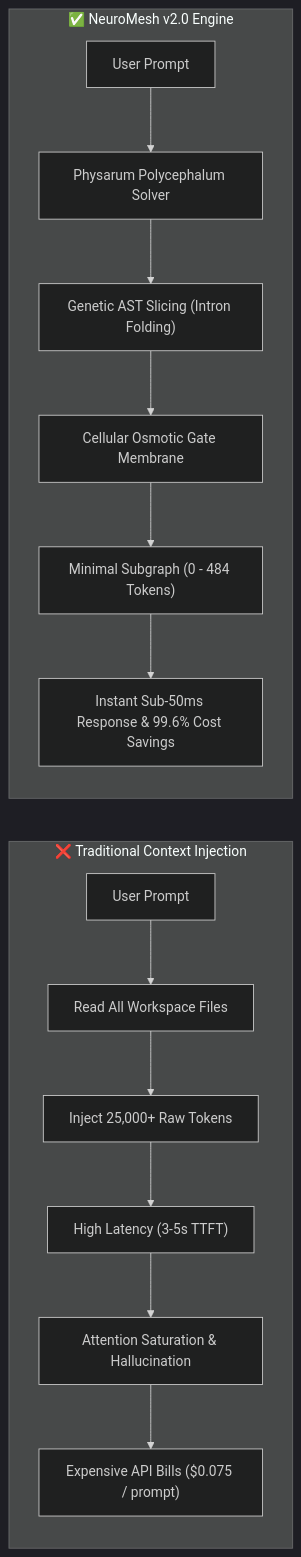
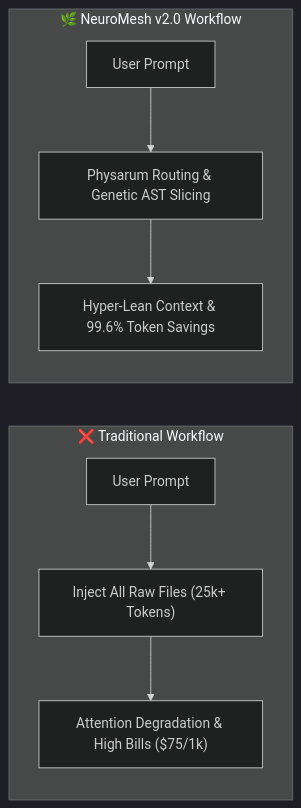
The first of 2 diagrams in README.md (pinoox/neuromesh), drawn with Mermaid (dark theme) before and after one commit. The commit also changed other lines of this file, not shown here.

Commit message:
docs: Format Problem vs Solution side-by-side in README

````diff
--- a/README.md
+++ b/README.md
@@ -34,18 +42,12 @@
 ```mermaid
 flowchart LR
-    subgraph Traditional["❌ Traditional Context Injection"]
-        A1[User Prompt] --> B1["Read All Workspace Files"]
-        B1 --> C1["Inject 25,000+ Raw Tokens"]
-        C1 --> D1["High Latency (3-5s TTFT)"]
-        D1 --> E1["Attention Saturation & Hallucination"]
-        E1 --> F1["Expensive API Bills ($0.075 / prompt)"]
+    subgraph Bad["❌ Traditional Workflow"]
+        direction TB
+        B1["User Prompt"] --> B2["Inject All Raw Files (25k+ Tokens)"] --> B3["Attention Degradation & High Bills ($75/1k)"]
     end
 
-    subgraph NeuroMesh["✅ NeuroMesh v2.0 Engine"]
-        A2[User Prompt] --> B2["Physarum Polycephalum Solver"]
-        B2 --> C2["Genetic AST Slicing (Intron Folding)"]
-        C2 --> D2["Cellular Osmotic Gate Membrane"]
-        D2 --> E2["Minimal Subgraph (0 - 484 Tokens)"]
-        E2 --> F2["Instant Sub-50ms Response & 99.6% Cost Savings"]
+    subgraph Good["🌿 NeuroMesh v2.0 Workflow"]
+        direction TB
+        G1["User Prompt"] --> G2["Physarum Routing & Genetic AST Slicing"] --> G3["Hyper-Lean Context & 99.6% Token Savings"]
     end
 ```
````
